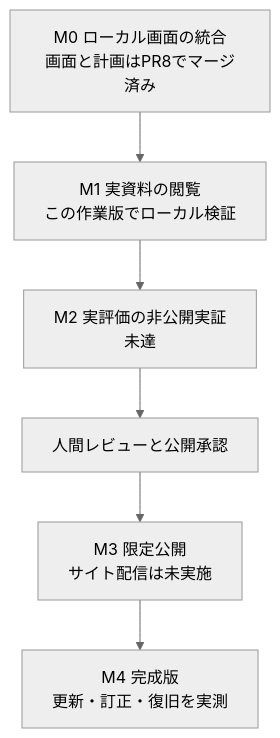
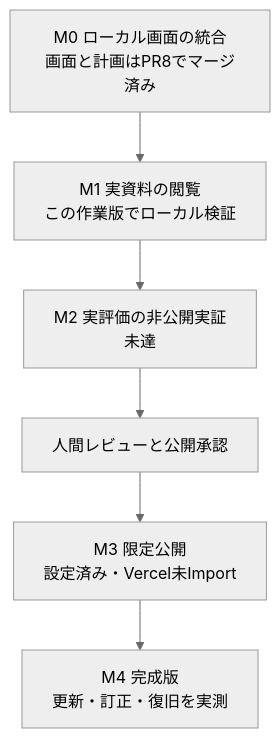
Before and after one commit to nexus-ai-2045/public-interest-lens: the third of 3 diagrams in README.md, drawn with Mermaid (neutral theme). The commit also changed other lines of this file and 3 other files, not shown here.

````diff
--- a/README.md
+++ b/README.md
@@ -89,8 +95,8 @@
 ```mermaid
 flowchart TD
     M0["M0 ローカル画面の統合<br/>画面と計画はPR8でマージ済み"] --> M1["M1 実資料の閲覧<br/>この作業版でローカル検証"]
     M1 --> M2["M2 実評価の非公開実証<br/>未達"]
     M2 --> G["人間レビューと公開承認"]
-    G --> M3["M3 限定公開<br/>サイト配信は未実施"]
+    G --> M3["M3 限定公開<br/>設定済み・Vercel未Import"]
     M3 --> M4["M4 完成版<br/>更新・訂正・復旧を実測"]
 ```
````
